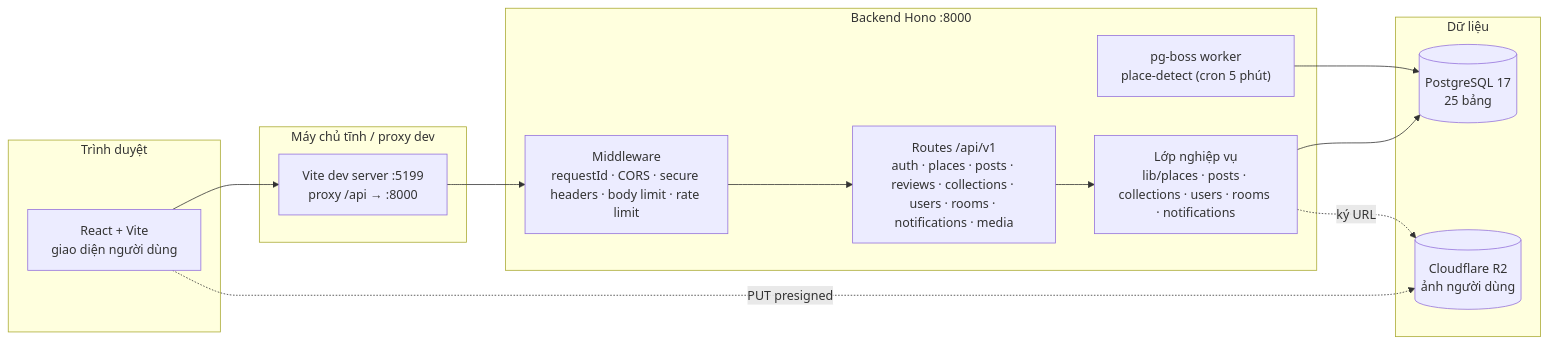
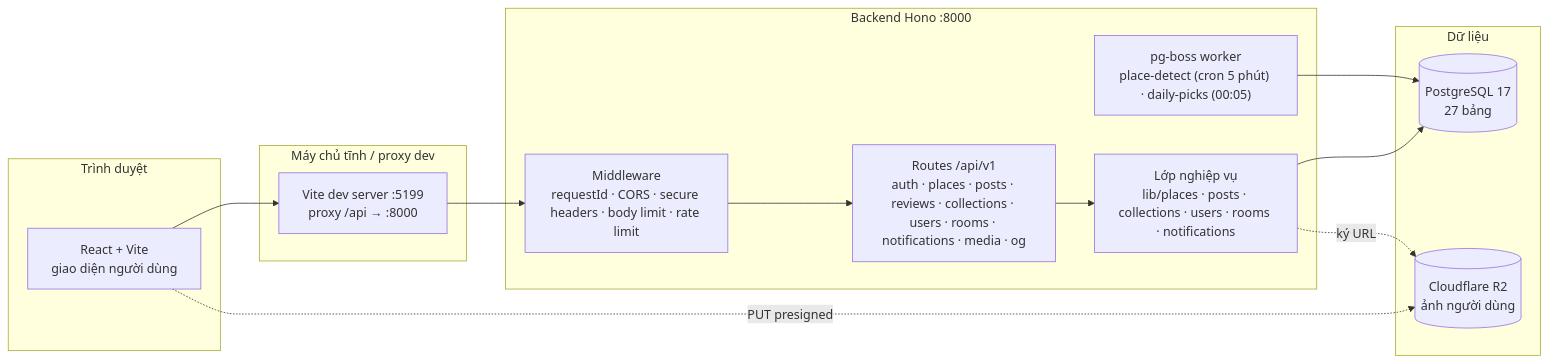
One commit to longqt321/Rendez-PBL6 changed the first of 14 diagrams in docs/bao-cao/BAO-CAO-DO-AN.md. Above: the diagram before and after it, drawn with Mermaid. The commit also changed other lines of this file and 8 other files, not shown here.

````diff
--- a/docs/bao-cao/BAO-CAO-DO-AN.md
+++ b/docs/bao-cao/BAO-CAO-DO-AN.md
@@ -167,23 +171,23 @@
 ```mermaid
 flowchart LR
   subgraph Client["Trình duyệt"]
     UI["React + Vite<br/>giao diện người dùng"]
   end
   subgraph Edge["Máy chủ tĩnh / proxy dev"]
     Vite["Vite dev server :5199<br/>proxy /api → :8000"]
   end
   subgraph API["Backend Hono :8000"]
     MW["Middleware<br/>requestId · CORS · secure headers · body limit · rate limit"]
-    RT["Routes /api/v1<br/>auth · places · posts · reviews · collections · users · rooms · notifications · media"]
+    RT["Routes /api/v1<br/>auth · places · posts · reviews · collections · users · rooms · notifications · media · og"]
     LIB["Lớp nghiệp vụ<br/>lib/places · posts · collections · users · rooms · notifications"]
-    JOB["pg-boss worker<br/>place-detect (cron 5 phút)"]
+    JOB["pg-boss worker<br/>place-detect (cron 5 phút) · daily-picks (00:05)"]
   end
   subgraph Data["Dữ liệu"]
-    PG[("PostgreSQL 17<br/>25 bảng")]
+    PG[("PostgreSQL 17<br/>27 bảng")]
     R2[("Cloudflare R2<br/>ảnh người dùng")]
   end
   UI --> Vite --> MW --> RT --> LIB --> PG
   JOB --> PG
   UI -. "PUT presigned" .-> R2
   LIB -. "ký URL" .-> R2
 ```
````
